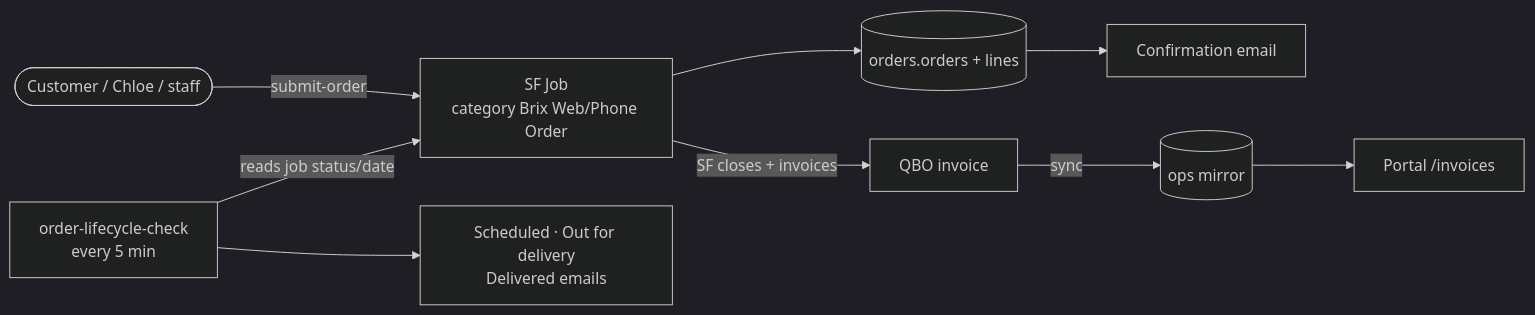
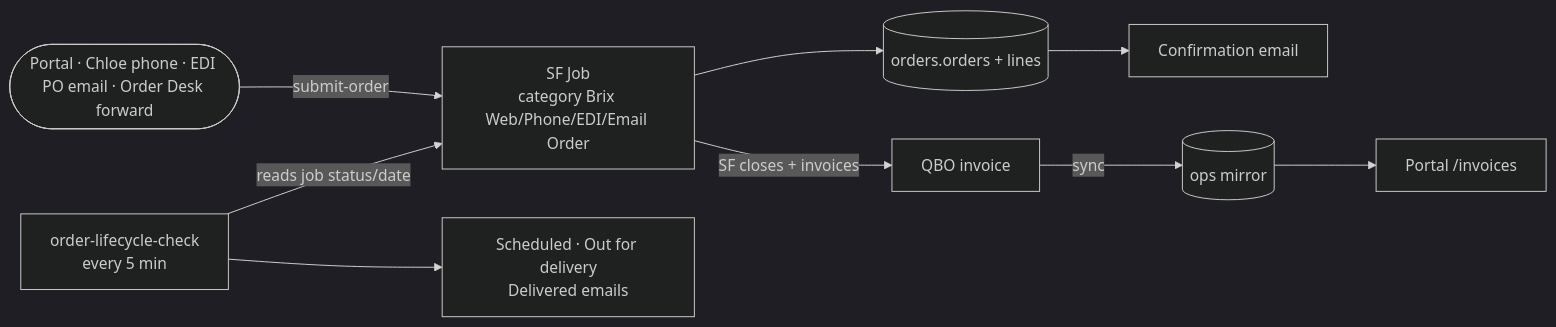
One commit to skypace/apbg-billing changed the third of 5 diagrams in docs/handbook/12-architecture-overview.md. Above: the diagram before and after it, drawn with Mermaid (dark theme). The commit also changed other lines of this file and 4 other files, not shown here.

````diff
--- a/docs/handbook/12-architecture-overview.md
+++ b/docs/handbook/12-architecture-overview.md
@@ -78,10 +79,10 @@
 ```mermaid
 flowchart LR
-  cust([Customer / Chloe / staff]) -->|submit-order| sfjob[SF Job<br/>category Brix Web/Phone Order]
+  cust([Portal · Chloe phone · EDI PO email · Order Desk forward]) -->|submit-order| sfjob[SF Job<br/>category Brix Web/Phone/EDI/Email Order]
   sfjob --> db[(orders.orders + lines)]
   db --> conf[Confirmation email]
   poller[order-lifecycle-check<br/>every 5 min] -->|reads job status/date| sfjob
   poller --> emails[Scheduled · Out for delivery<br/>Delivered emails]
   sfjob -->|"SF closes + invoices"| qbo2[QBO invoice]
   qbo2 -->|sync| mirror2[(ops mirror)] --> inv[Portal /invoices]
 ```
````
